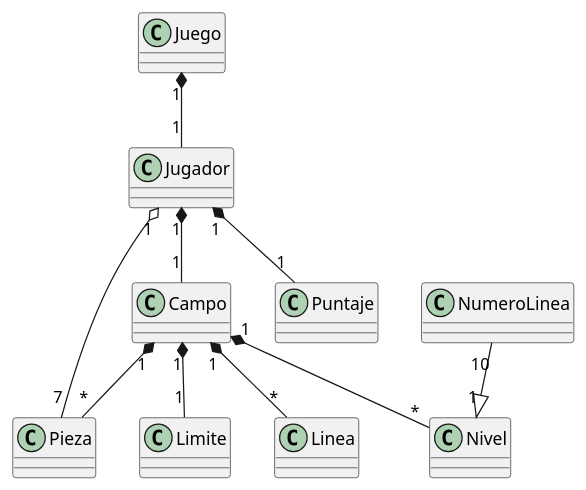
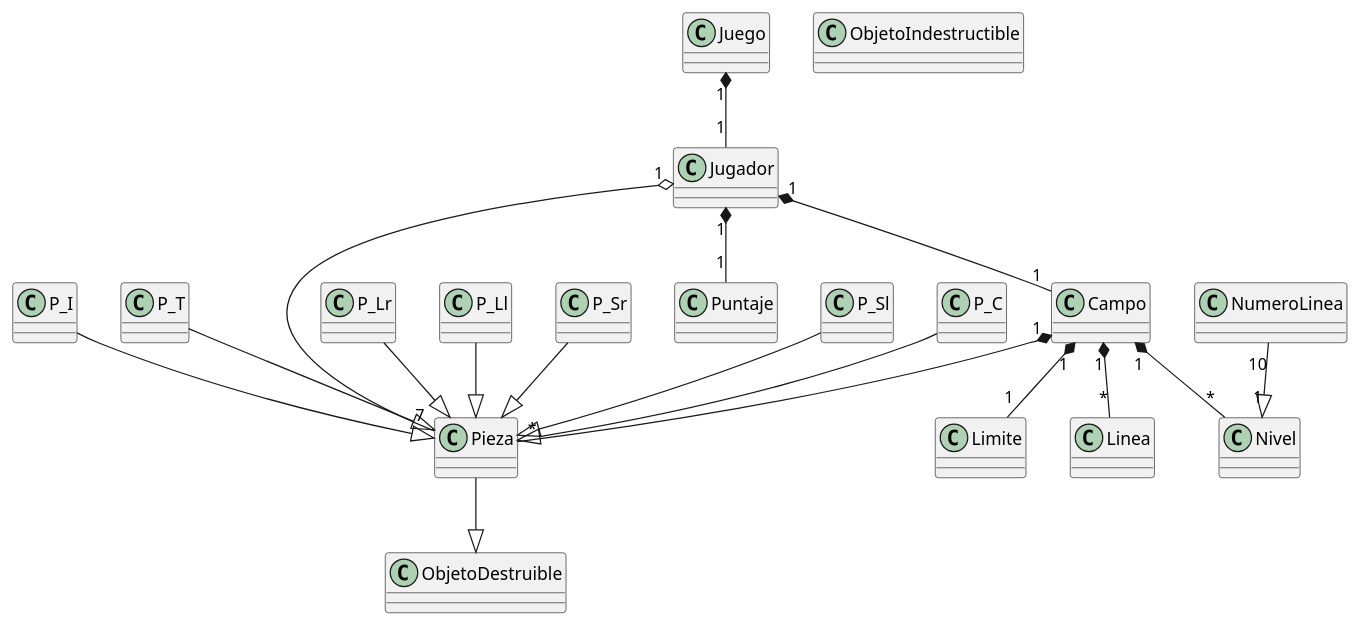
The diagram in docs/tetris.puml (SpyBubbles/Tetris), drawn with PlantUML before and after one commit.

Commit message:
Version 1

```diff
--- a/docs/tetris.puml
+++ b/docs/tetris.puml
@@ -1,27 +1,41 @@
 @startuml Tetris
 
 class Juego
 class Jugador
 
 class Campo
 class Pieza 
+class P_C
+class P_I
+class P_T
+class P_Lr
+class P_Ll
+class P_Sr
+class P_Sl
 class Puntaje
 class Nivel
 class NumeroLinea
 class Limite
+class ObjetoDestruible
+class ObjetoIndestructible
 
 Juego "1" *-- "1" Jugador
 Jugador "1" *-- "1" Campo
 Jugador "1" *-- "1" Puntaje
 Jugador "1" o-- "7" Pieza
 Campo "1" *-- "*" Nivel
 Campo "1" *-- "*" Pieza
 Campo "1" *-- "*" Linea
 Campo "1" *-- "1" Limite
 NumeroLinea "10" --|> "1" Nivel 
 
-
-
-
+Pieza --|> ObjetoDestruible
+P_C --|> Pieza
+P_I --|> Pieza
+P_T --|> Pieza
+P_Lr --|> Pieza
+P_Ll --|> Pieza
+P_Sr --|> Pieza
+P_Sl --|> Pieza
 
 @enduml
```
